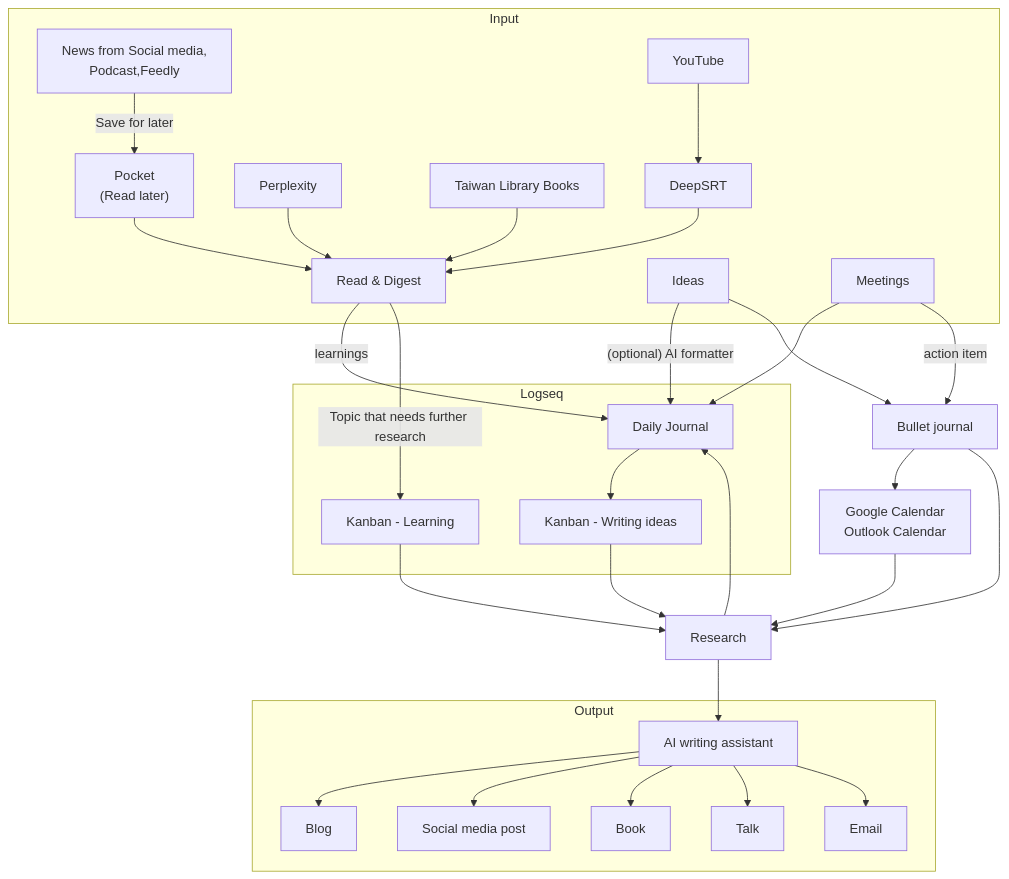
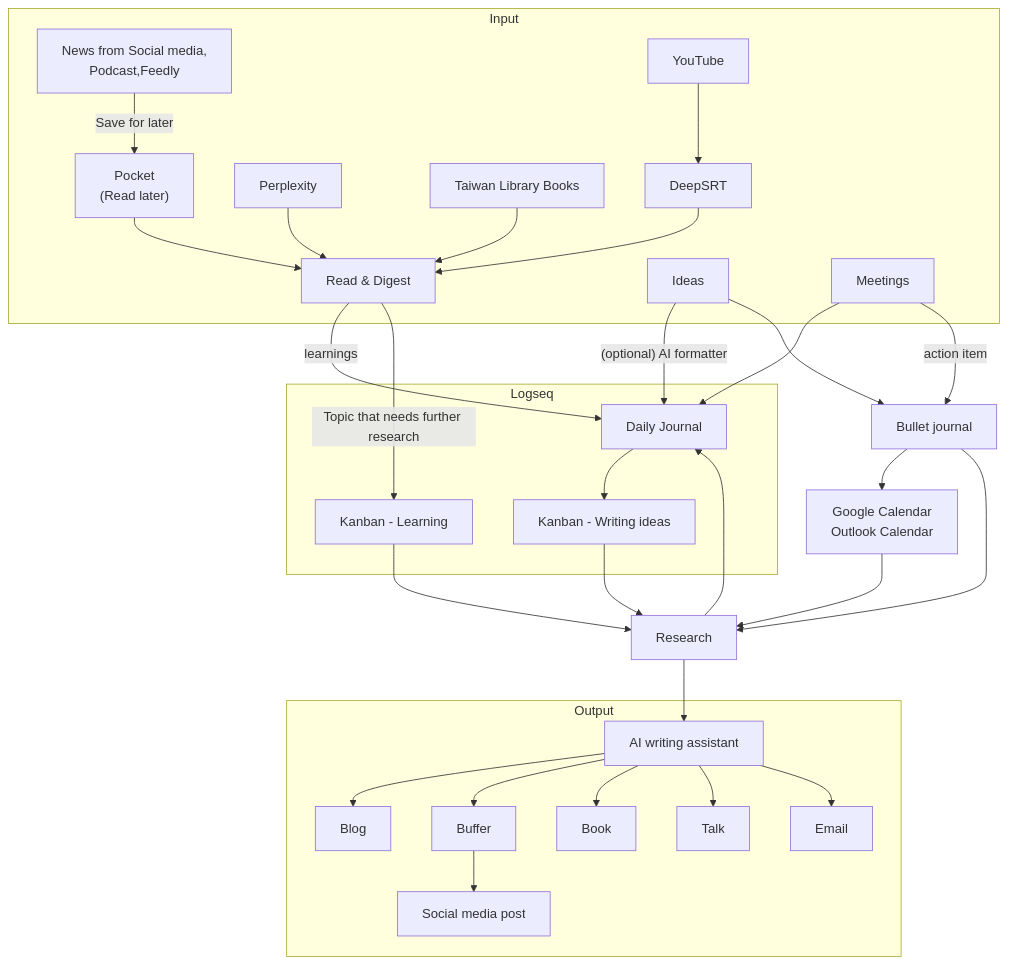
The diagram in _posts/2025-01-27-my-productivity-system-for-2025.md (shinglyu/shinglyu.github.io), drawn with Mermaid before and after one commit. The commit also changed other lines of this file, not shown here.

Commit message:
Mentioned buffer

````diff
--- a/_posts/2025-01-27-my-productivity-system-for-2025.md
+++ b/_posts/2025-01-27-my-productivity-system-for-2025.md
@@ -8,45 +8,45 @@
 ```mermaid
 graph TD
     subgraph "Input"
       NEWS["News from Social media,<br>Podcast,Feedly"] -- Save for later --> POCKET["Pocket<br>(Read later)"]
       Perplexity --> READ
       POCKET
       TWBOOK[Taiwan Library Books]
       YouTube --> DeepSRT
       Ideas
       Meetings
     end
     subgraph "Logseq"
       JOURNAL[Daily Journal]
       KANBAN_LEARNING[Kanban - Learning]
       JOURNAL--> KANBAN_WRITING["Kanban - Writing ideas"]
     end
       Meetings --> JOURNAL
       Ideas -- (optional) AI formatter --> JOURNAL
 
     READ[Read & Digest]
     READ -- learnings --> JOURNAL
     READ -- Topic that needs further research --> KANBAN_LEARNING
     POCKET --> READ
     TWBOOK[Taiwan Library Books] --> READ
     DeepSRT -->READ
 
     KANBAN_LEARNING --> Research
     KANBAN_WRITING --> Research
     Research --> JOURNAL
     Research --> WRITER[AI writing assistant]
 
     subgraph "Output"
       WRITER[AI writing assistant] --> Blog
-      WRITER --> SOCIAL[Social media post]
+      WRITER --> Buffer --> SOCIAL[Social media post]
       WRITER --> Book
       WRITER --> Talk
       WRITER --> Email
     end
 
     Meetings -- action item --> BULLET[Bullet journal]
     Ideas --> BULLET
     BULLET --> CALENDAR[Google Calendar<br>Outlook Calendar]
     BULLET --> Research
     CALENDAR --> Research
 ```
````
